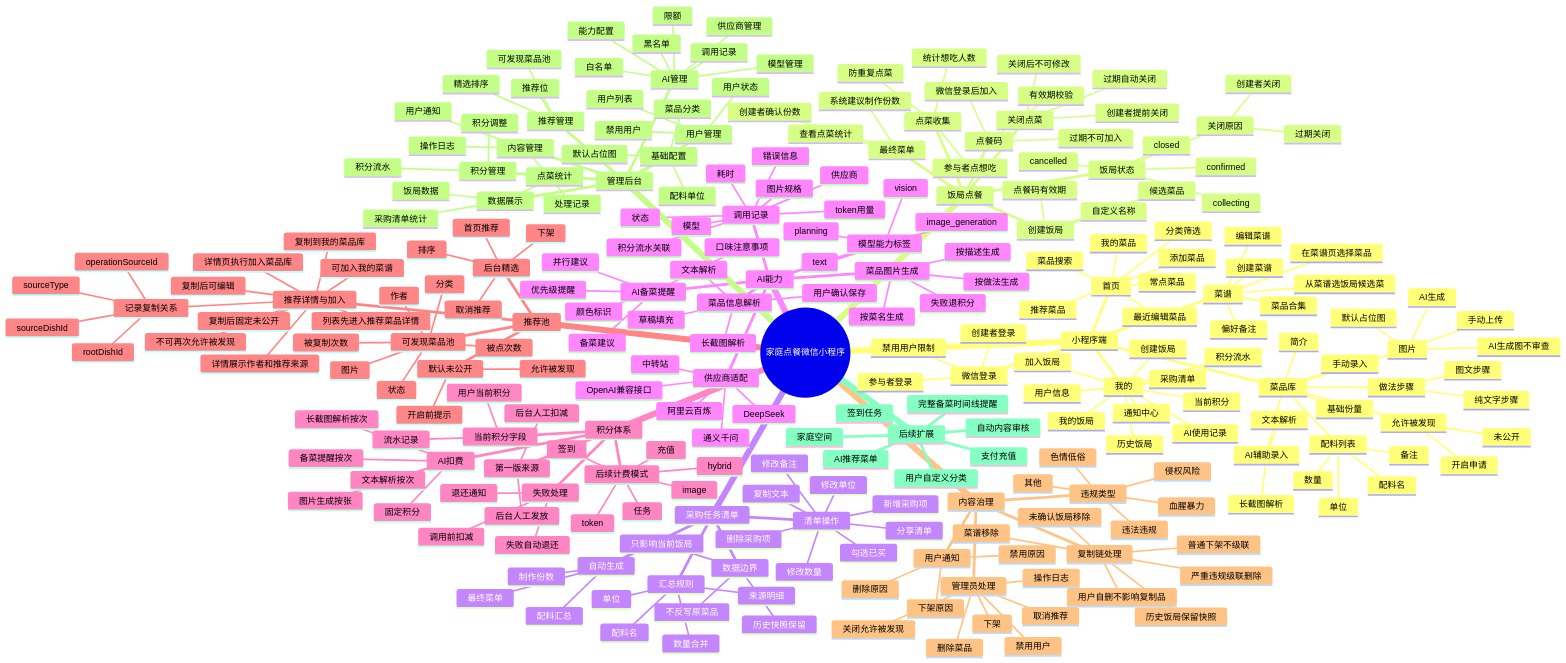
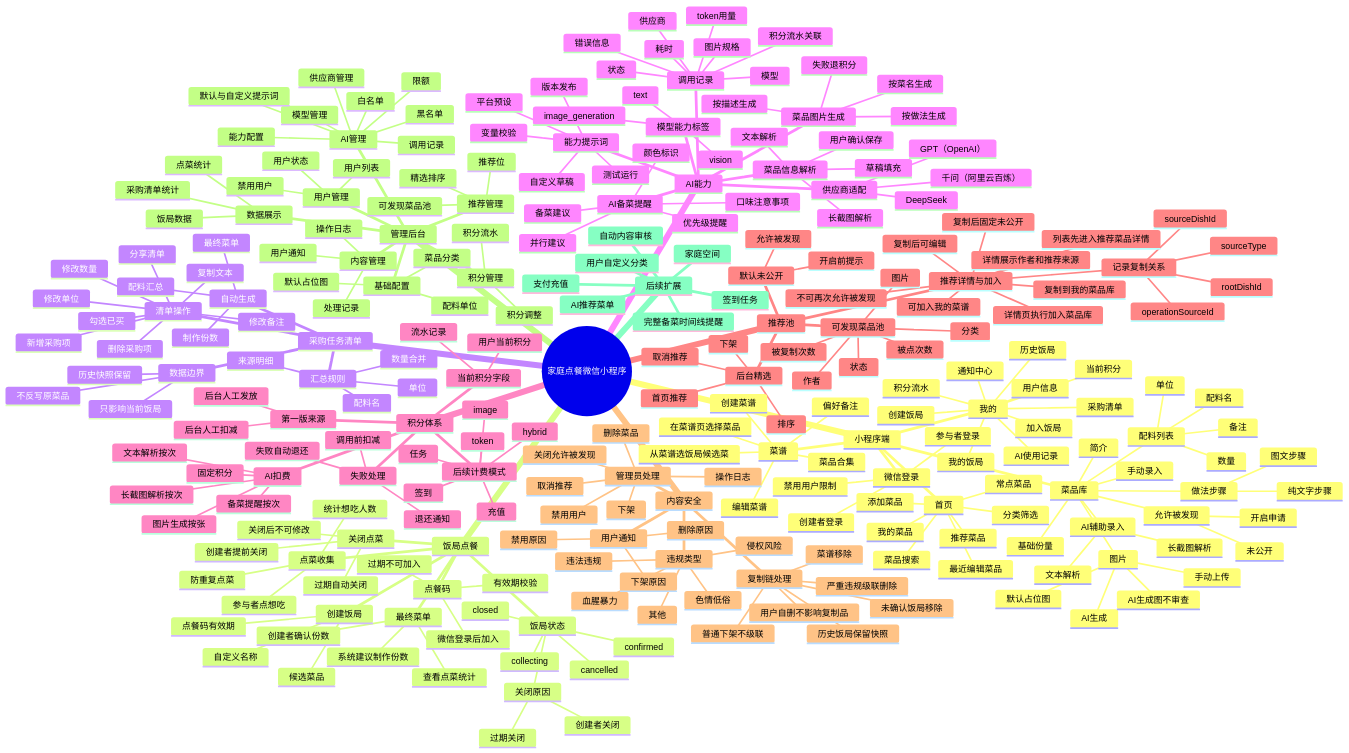
The diagram in aiDoc/prd/family-menu-miniapp-feature-mindmap.md (dyjh/gin-vue-admin), drawn with Mermaid before and after one commit. The commit also changed 411 other files, not shown here.

```diff
--- a/aiDoc/prd/family-menu-miniapp-feature-mindmap.md
+++ b/aiDoc/prd/family-menu-miniapp-feature-mindmap.md
@@ -130,16 +130,19 @@
         并行建议
         口味注意事项
       供应商适配
-        通义千问
-        阿里云百炼
+        千问（阿里云百炼）
         DeepSeek
-        中转站
-        OpenAI兼容接口
+        GPT（OpenAI）
       模型能力标签
         text
         vision
         image_generation
-        planning
+      能力提示词
+        平台预设
+        自定义草稿
+        变量校验
+        测试运行
+        版本发布
       调用记录
         供应商
         模型
@@ -203,7 +206,7 @@
           sourceDishId
           rootDishId
           operationSourceId
-    内容治理
+    内容安全
       违规类型
         色情低俗
         血腥暴力
@@ -244,6 +247,7 @@
         供应商管理
         模型管理
         能力配置
+        默认与自定义提示词
         调用记录
         限额
         白名单
```
